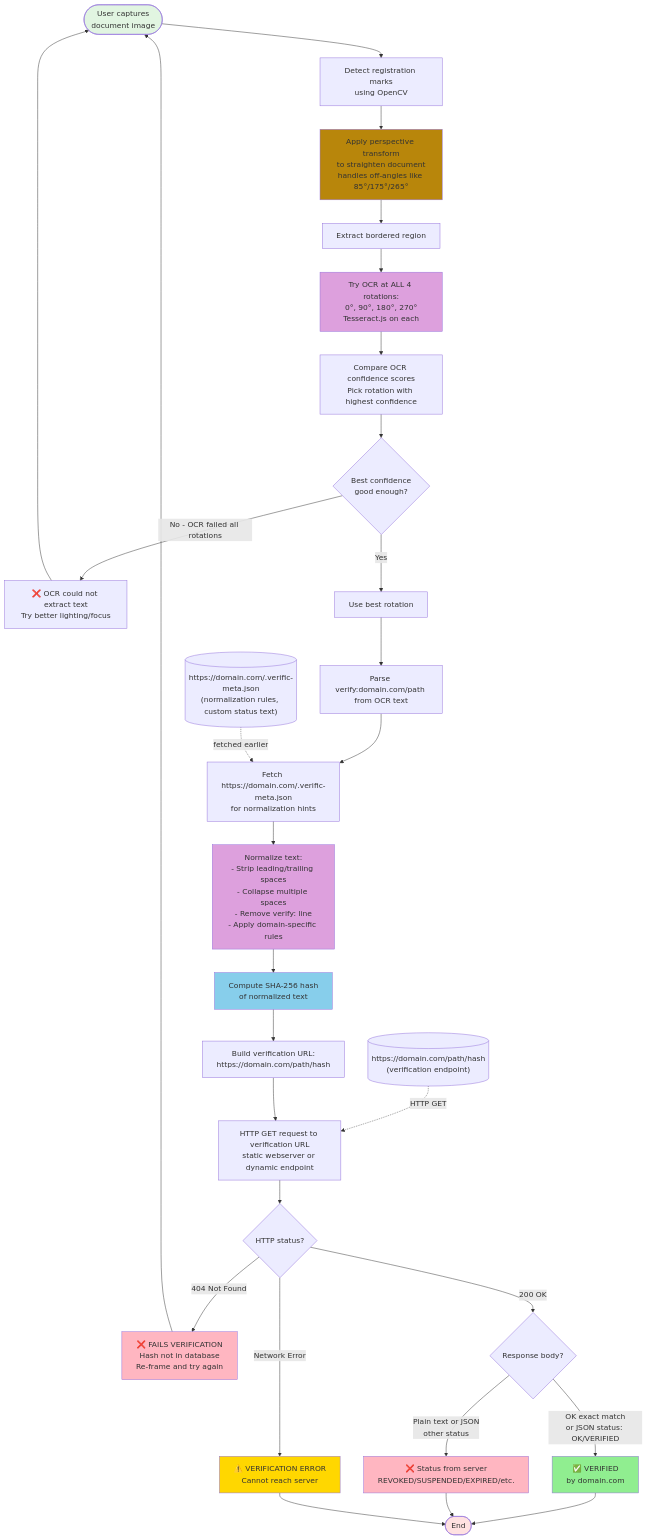
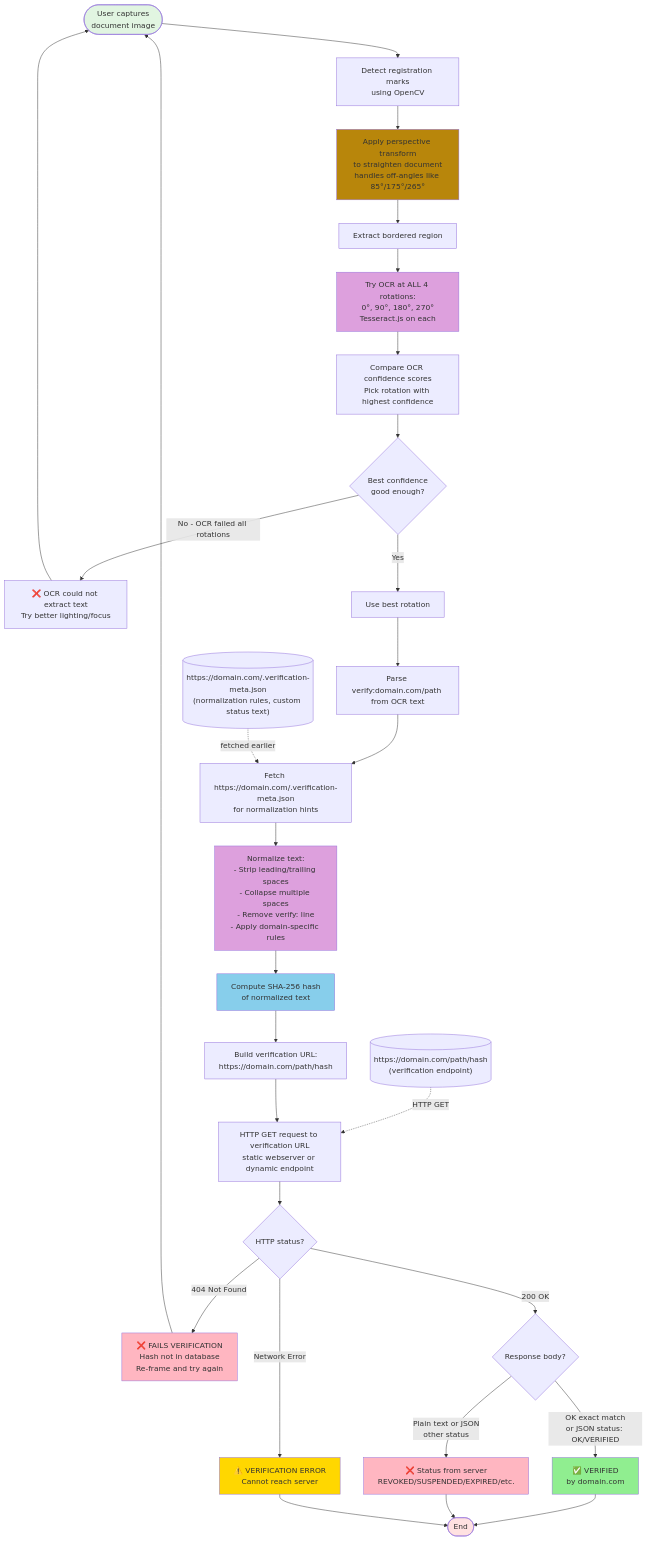
The diagram in README.md (paul-hammant/live-verify), drawn with Mermaid before and after one commit. The commit also changed other lines of this file and 36 other files, not shown here.

````diff
--- a/README.md
+++ b/README.md
@@ -89,43 +89,43 @@
 ```mermaid
 flowchart TD
     Start([User captures<br/>document image]) --> Detect[Detect registration marks<br/>using OpenCV]
     Detect --> Transform[Apply perspective transform<br/>to straighten document<br/>handles off-angles like 85°/175°/265°]
     Transform --> Extract[Extract bordered region]
     Extract --> TryAllRotations[Try OCR at ALL 4 rotations:<br/>0°, 90°, 180°, 270°<br/>Tesseract.js on each]
     TryAllRotations --> CompareConfidence[Compare OCR confidence scores<br/>Pick rotation with highest confidence]
     CompareConfidence --> CheckConfidence{Best confidence<br/>good enough?}
     CheckConfidence -->|No - OCR failed all rotations| ShowOCRError[❌ OCR could not extract text<br/>Try better lighting/focus]
     ShowOCRError --> Start
     CheckConfidence -->|Yes| UseRotation[Use best rotation]
     UseRotation --> ParseVerify[Parse verify:domain.com/path from OCR text]
-    ParseVerify --> FetchMeta[Fetch https://domain.com/.verific-meta.json<br/>for normalization hints]
+    ParseVerify --> FetchMeta[Fetch https://domain.com/.verification-meta.json<br/>for normalization hints]
     FetchMeta --> Normalize[Normalize text:<br/>- Strip leading/trailing spaces<br/>- Collapse multiple spaces<br/>- Remove verify: line<br/>- Apply domain-specific rules]
     Normalize --> Hash[Compute SHA-256 hash<br/>of normalized text]
     Hash --> BuildURL[Build verification URL:<br/>https://domain.com/path/hash]
 
-    MetaURL[("https://domain.com/.verific-meta.json<br/>(normalization rules, custom status text)")] -.->|fetched earlier| FetchMeta
+    MetaURL[("https://domain.com/.verification-meta.json<br/>(normalization rules, custom status text)")] -.->|fetched earlier| FetchMeta
     VerifyURL[("https://domain.com/path/hash<br/>(verification endpoint)")] -.->|HTTP GET| Verify
 
     BuildURL --> Verify[HTTP GET request to verification URL<br/>static webserver or dynamic endpoint]
     Verify --> CheckHTTP{HTTP status?}
     CheckHTTP -->|404 Not Found| ShowNotFound[❌ FAILS VERIFICATION<br/>Hash not in database<br/>Re-frame and try again]
     ShowNotFound --> Start
     CheckHTTP -->|Network Error| ShowError[⚠️ VERIFICATION ERROR<br/>Cannot reach server]
     CheckHTTP -->|200 OK| CheckBody{Response body?}
     CheckBody -->|"OK" exact match<br/>or JSON status: OK/VERIFIED| ShowVerified[✅ VERIFIED<br/>by domain.com]
     CheckBody -->|Plain text or JSON<br/>other status| ShowNotOK[❌ Status from server<br/>REVOKED/SUSPENDED/EXPIRED/etc.]
     ShowVerified --> End([End])
     ShowNotOK --> End
     ShowError --> End
 
     style Start fill:#e1f5e1
     style End fill:#ffe1e1
     style ShowVerified fill:#90EE90
     style ShowNotFound fill:#FFB6C1
     style ShowNotOK fill:#FFB6C1
     style ShowError fill:#FFD700
     style Hash fill:#87CEEB
     style Normalize fill:#DDA0DD
     style Transform fill:#B8860B
     style TryAllRotations fill:#DDA0DD
 ```
````
